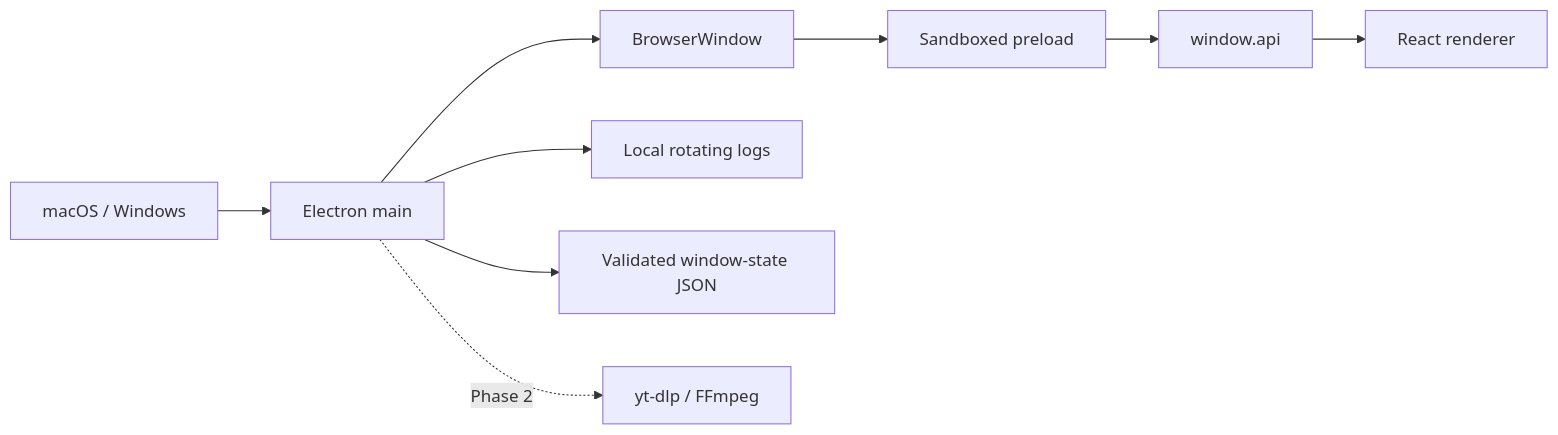
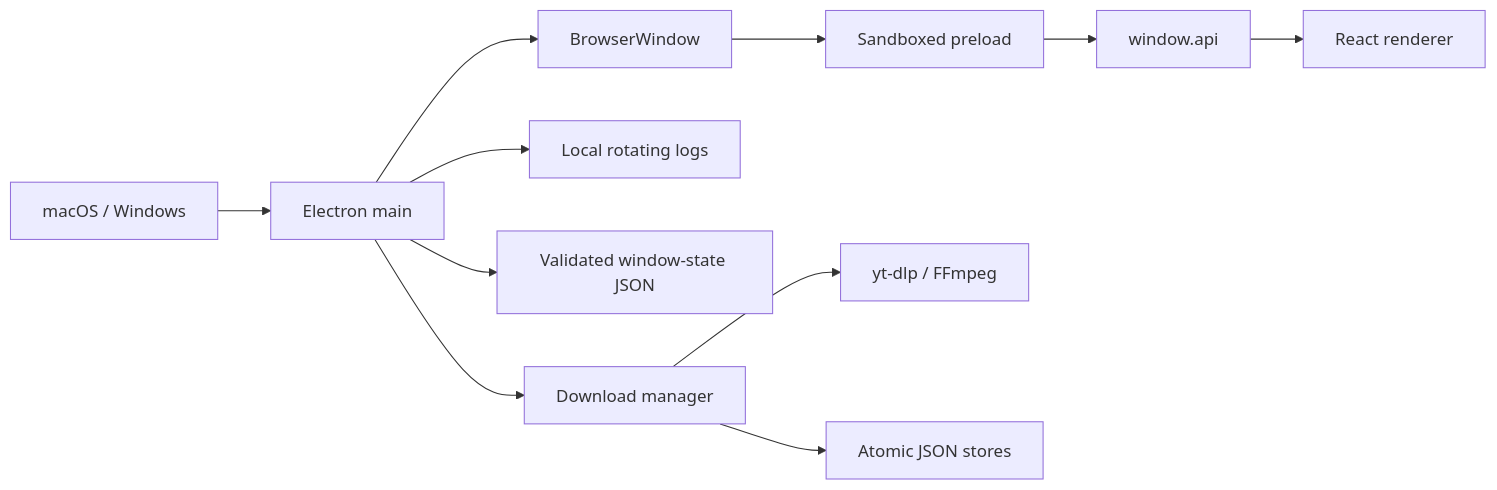
One commit to hussainislive/HA-VideoDownloader changed the first of 5 diagrams in docs/ARCHITECTURE.md. Above: the diagram before and after it, drawn with Mermaid. The commit also changed other lines of this file and 68 other files, not shown here.

Commit message:
feat(engine): complete phase 2 backend

````diff
--- a/docs/ARCHITECTURE.md
+++ b/docs/ARCHITECTURE.md
@@ -7,11 +7,13 @@
 ```mermaid
 flowchart LR
   OS[macOS / Windows] --> Main[Electron main]
   Main --> Window[BrowserWindow]
   Window --> Preload[Sandboxed preload]
   Preload --> API[window.api]
   API --> Renderer[React renderer]
   Main --> Logs[Local rotating logs]
   Main --> State[Validated window-state JSON]
-  Main -. Phase 2 .-> Engine[yt-dlp / FFmpeg]
+  Main --> Manager[Download manager]
+  Manager --> Engine[yt-dlp / FFmpeg]
+  Manager --> Stores[Atomic JSON stores]
 ```
````
